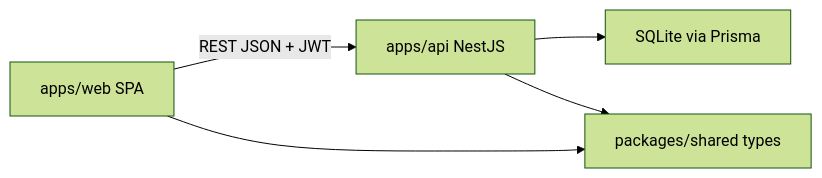
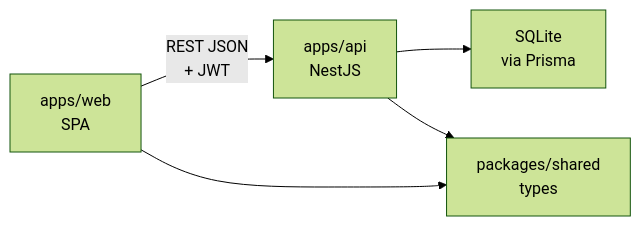
One commit to ramach05/3D-WEB-Racing-Platform changed the first of 3 diagrams in README.md. Above: the diagram before and after it, drawn with Mermaid (forest theme). The commit also changed other lines of this file and 3 other files, not shown here.

Commit message:
docs: polish readme authoring, toc, metrics and diagrams

````diff
--- a/README.md
+++ b/README.md
@@ -106,7 +110,7 @@
 ```mermaid
 flowchart LR
-  Web["apps/web SPA"] -->|"REST JSON + JWT"| Api["apps/api NestJS"]
-  Api --> Db["SQLite via Prisma"]
-  Web --> Shared["packages/shared types"]
+  Web["apps/web<br/>SPA"] -->|"REST JSON<br/>+ JWT"| Api["apps/api<br/>NestJS"]
+  Api --> Db["SQLite<br/>via Prisma"]
+  Web --> Shared["packages/shared<br/>types"]
   Api --> Shared
 ```
````
